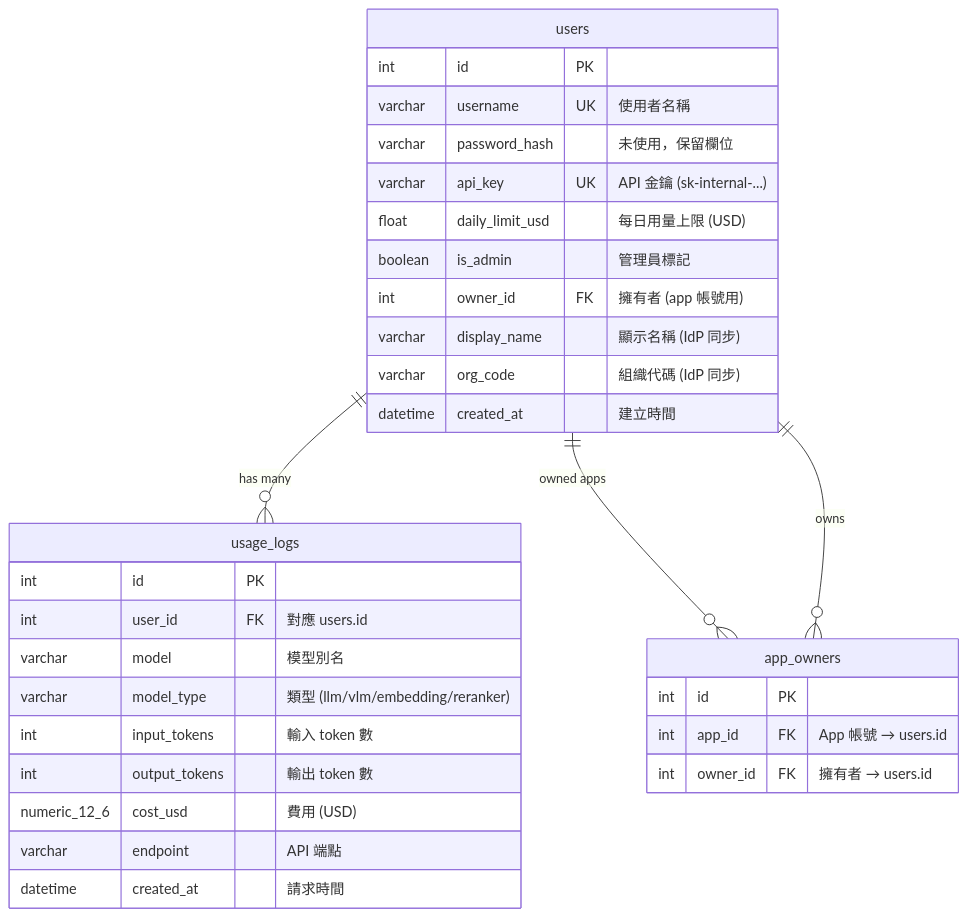
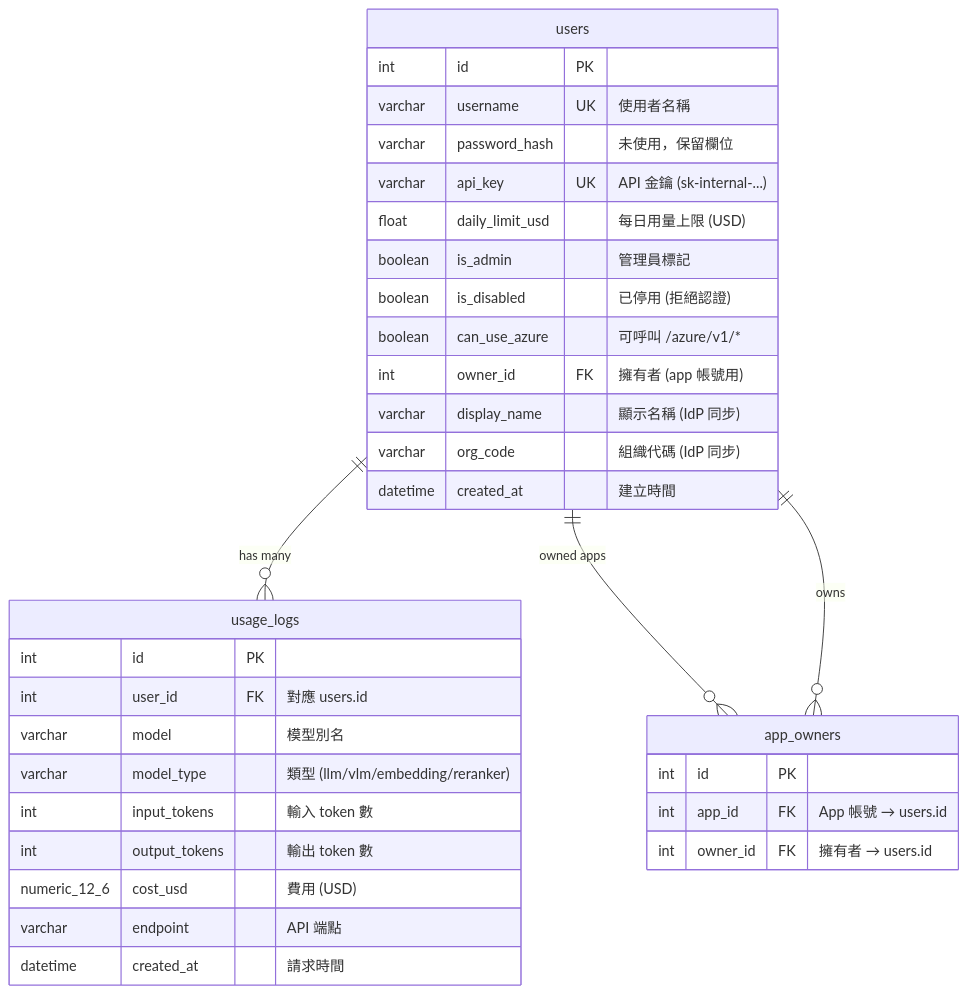
The diagram in alembic/README.zh-TW.md (bwinken/llm-gateway), drawn with Mermaid before and after one commit. The commit also changed other lines of this file and 28 other files, not shown here.

````diff
--- a/alembic/README.zh-TW.md
+++ b/alembic/README.zh-TW.md
@@ -78,37 +80,39 @@
 ```mermaid
 erDiagram
     users {
         int id PK
         varchar username UK "使用者名稱"
         varchar password_hash "未使用，保留欄位"
         varchar api_key UK "API 金鑰 (sk-internal-...)"
         float daily_limit_usd "每日用量上限 (USD)"
         boolean is_admin "管理員標記"
+        boolean is_disabled "已停用 (拒絕認證)"
+        boolean can_use_azure "可呼叫 /azure/v1/*"
         int owner_id FK "擁有者 (app 帳號用)"
         varchar display_name "顯示名稱 (IdP 同步)"
         varchar org_code "組織代碼 (IdP 同步)"
         datetime created_at "建立時間"
     }
 
     usage_logs {
         int id PK
         int user_id FK "對應 users.id"
         varchar model "模型別名"
         varchar model_type "類型 (llm/vlm/embedding/reranker)"
         int input_tokens "輸入 token 數"
         int output_tokens "輸出 token 數"
         numeric_12_6 cost_usd "費用 (USD)"
         varchar endpoint "API 端點"
         datetime created_at "請求時間"
     }
 
     app_owners {
         int id PK
         int app_id FK "App 帳號 → users.id"
         int owner_id FK "擁有者 → users.id"
     }
 
     users ||--o{ usage_logs : "has many"
     users ||--o{ app_owners : "owned apps"
     users ||--o{ app_owners : "owns"
 ```
````
